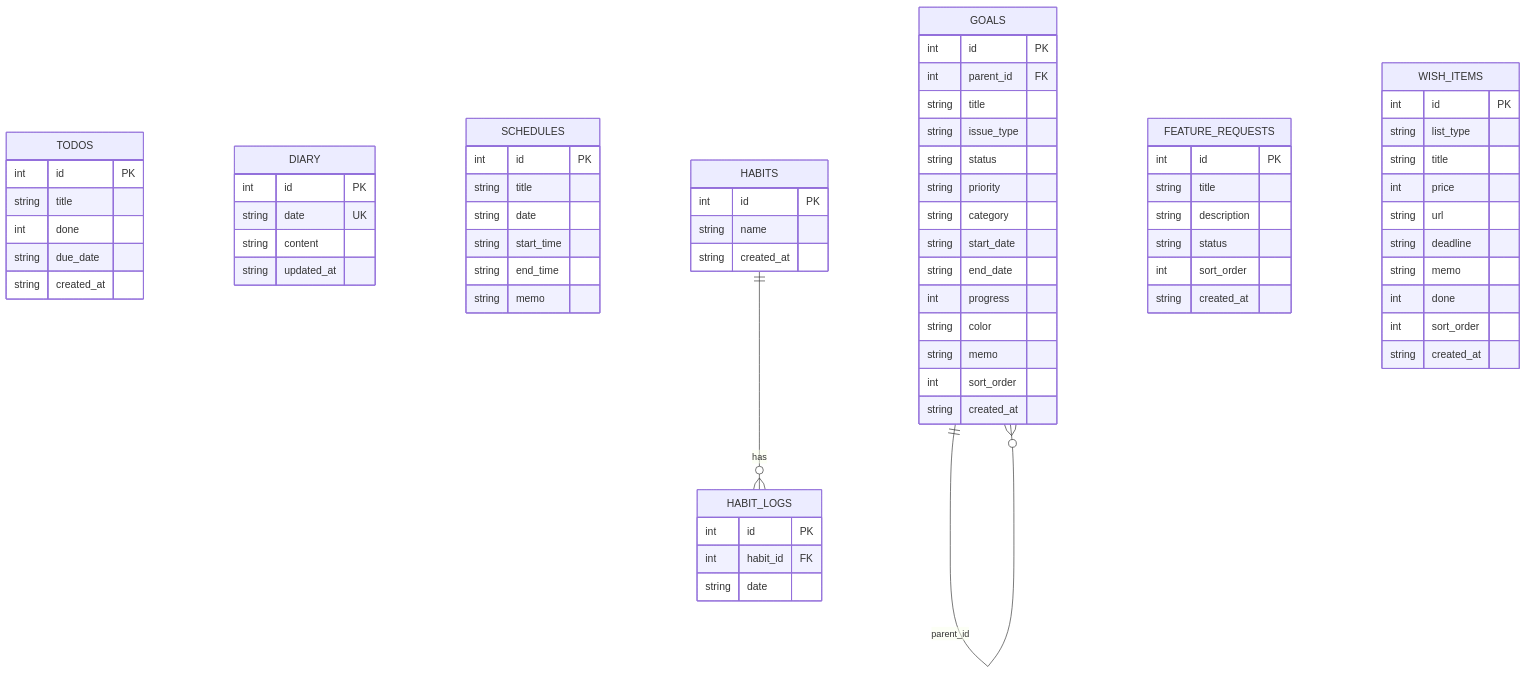
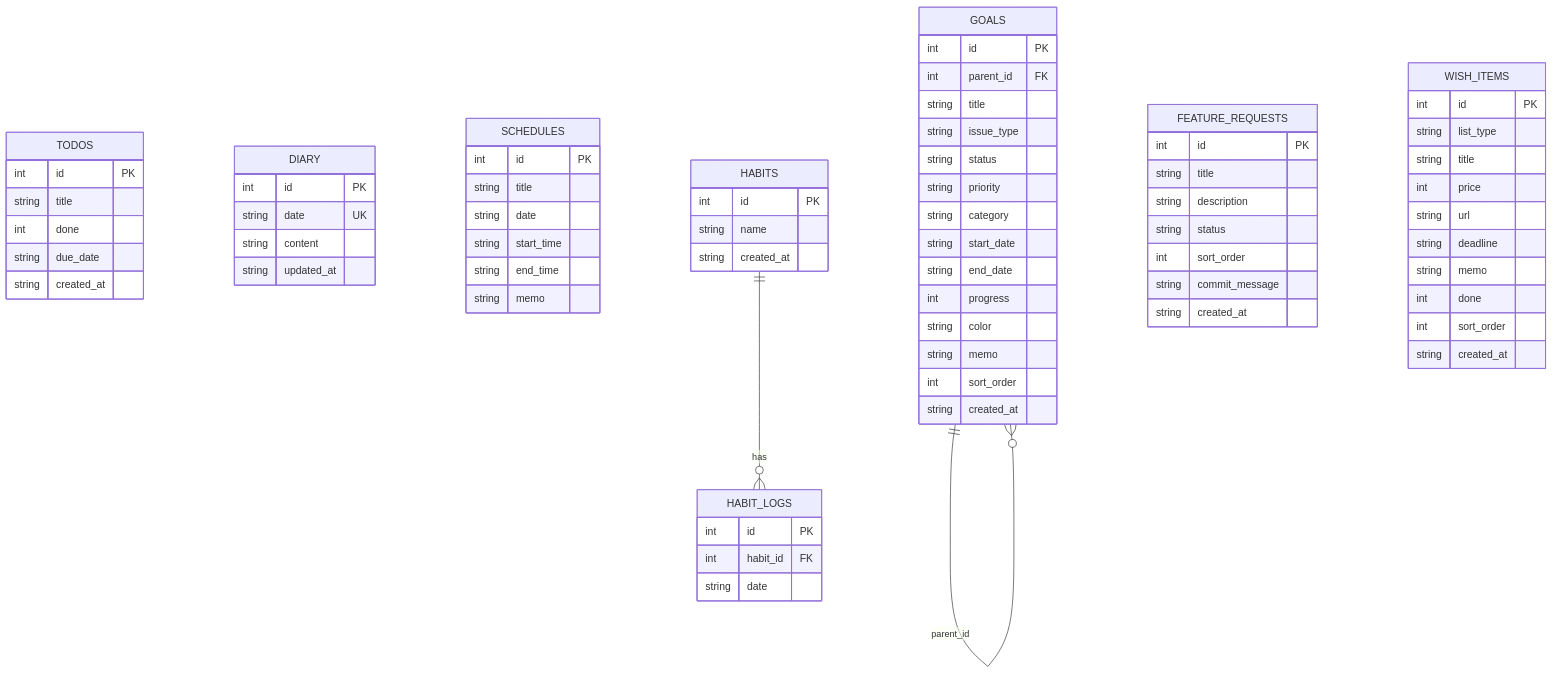
The diagram in docs/database.md (tkmain-dev/self-os), drawn with Mermaid before and after one commit. The commit also changed other lines of this file and 11 other files, not shown here.

````diff
--- a/docs/database.md
+++ b/docs/database.md
@@ -13,80 +13,81 @@
 ```mermaid
 erDiagram
     TODOS {
         int id PK
         string title
         int done
         string due_date
         string created_at
     }
 
     DIARY {
         int id PK
         string date UK
         string content
         string updated_at
     }
 
     SCHEDULES {
         int id PK
         string title
         string date
         string start_time
         string end_time
         string memo
     }
 
     HABITS {
         int id PK
         string name
         string created_at
     }
 
     HABIT_LOGS {
         int id PK
         int habit_id FK
         string date
     }
 
     GOALS {
         int id PK
         int parent_id FK
         string title
         string issue_type
         string status
         string priority
         string category
         string start_date
         string end_date
         int progress
         string color
         string memo
         int sort_order
         string created_at
     }
 
     FEATURE_REQUESTS {
         int id PK
         string title
         string description
         string status
         int sort_order
+        string commit_message
         string created_at
     }
 
     WISH_ITEMS {
         int id PK
         string list_type
         string title
         int price
         string url
         string deadline
         string memo
         int done
         int sort_order
         string created_at
     }
 
     HABITS ||--o{ HABIT_LOGS : "has"
     GOALS ||--o{ GOALS : "parent_id"
 ```
````
